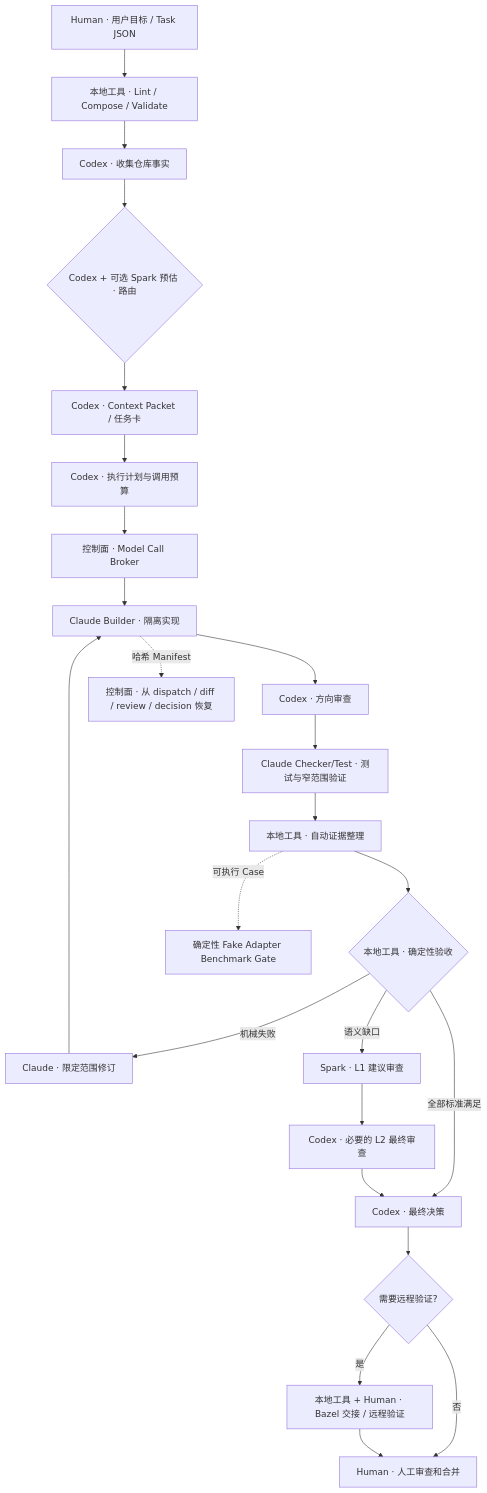
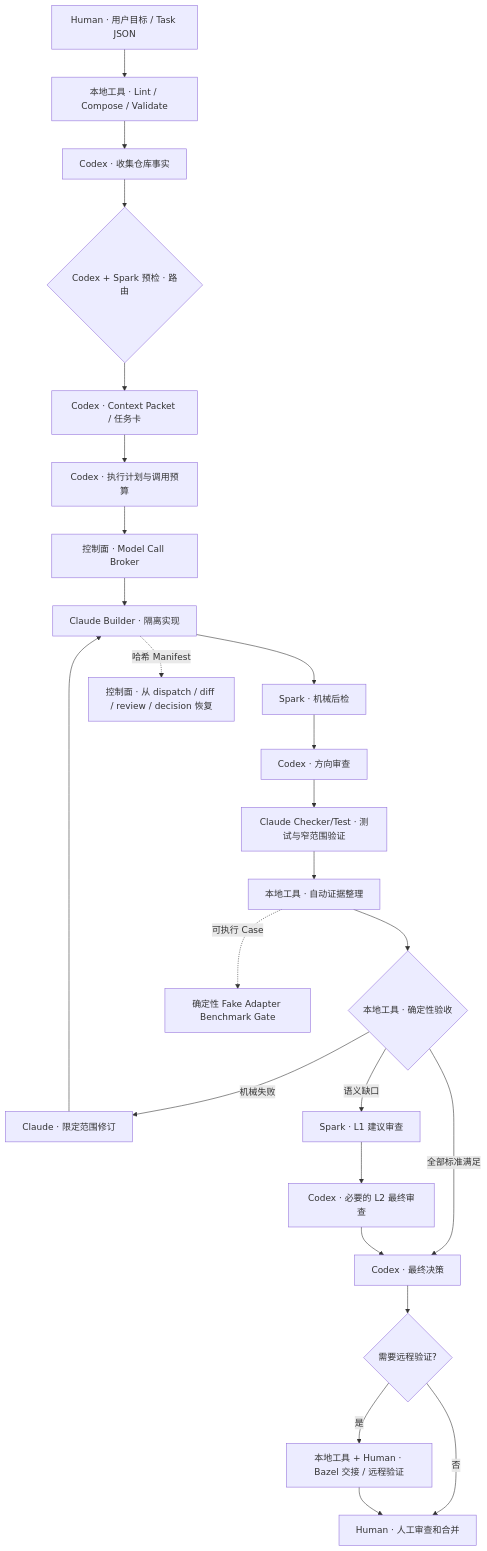
The diagram in README_CN.md (luozj1020/ai-coding-workflow), drawn with Mermaid before and after one commit. The commit also changed other lines of this file and 10 other files, not shown here.

````diff
--- a/README_CN.md
+++ b/README_CN.md
@@ -53,26 +53,27 @@
 ```mermaid
 flowchart TD
     U[Human · 用户目标 / Task JSON] --> L[本地工具 · Lint / Compose / Validate]
     L --> F[Codex · 收集仓库事实]
-    F --> R{Codex + 可选 Spark 预估 · 路由}
+    F --> R{Codex + Spark 预检 · 路由}
     R --> C[Codex · Context Packet / 任务卡]
     C --> P[Codex · 执行计划与调用预算]
     P --> B[控制面 · Model Call Broker]
     B --> D[Claude Builder · 隔离实现]
-    D --> CR[Codex · 方向审查]
+    D --> SP[Spark · 机械后检]
+    SP --> CR[Codex · 方向审查]
     CR --> CT[Claude Checker/Test · 测试与窄范围验证]
     CT --> E[本地工具 · 自动证据整理]
     E --> A{本地工具 · 确定性验收}
     A -- 机械失败 --> LR[Claude · 限定范围修订]
     A -- 语义缺口 --> S[Spark · L1 建议审查]
     S --> X[Codex · 必要的 L2 最终审查]
     A -- 全部标准满足 --> FD[Codex · 最终决策]
     X --> FD
     LR --> D
     FD --> H{需要远程验证?}
     H -- 是 --> RH[本地工具 + Human · Bazel 交接 / 远程验证]
     H -- 否 --> M[Human · 人工审查和合并]
     RH --> M
     D -. 哈希 Manifest .-> RS[控制面 · 从 dispatch / diff / review / decision 恢复]
     E -. 可执行 Case .-> BM[确定性 Fake Adapter Benchmark Gate]
 ```
````
